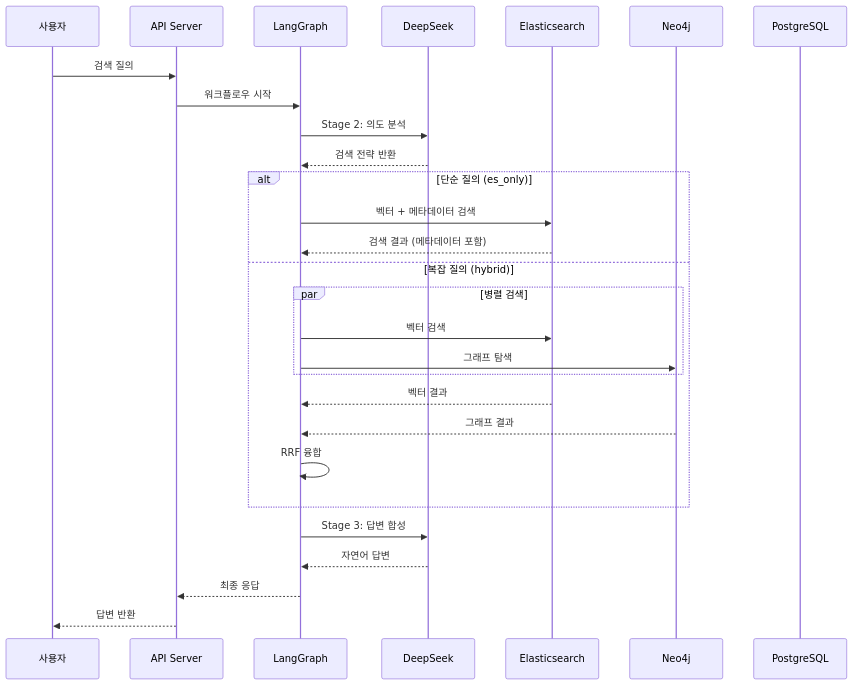
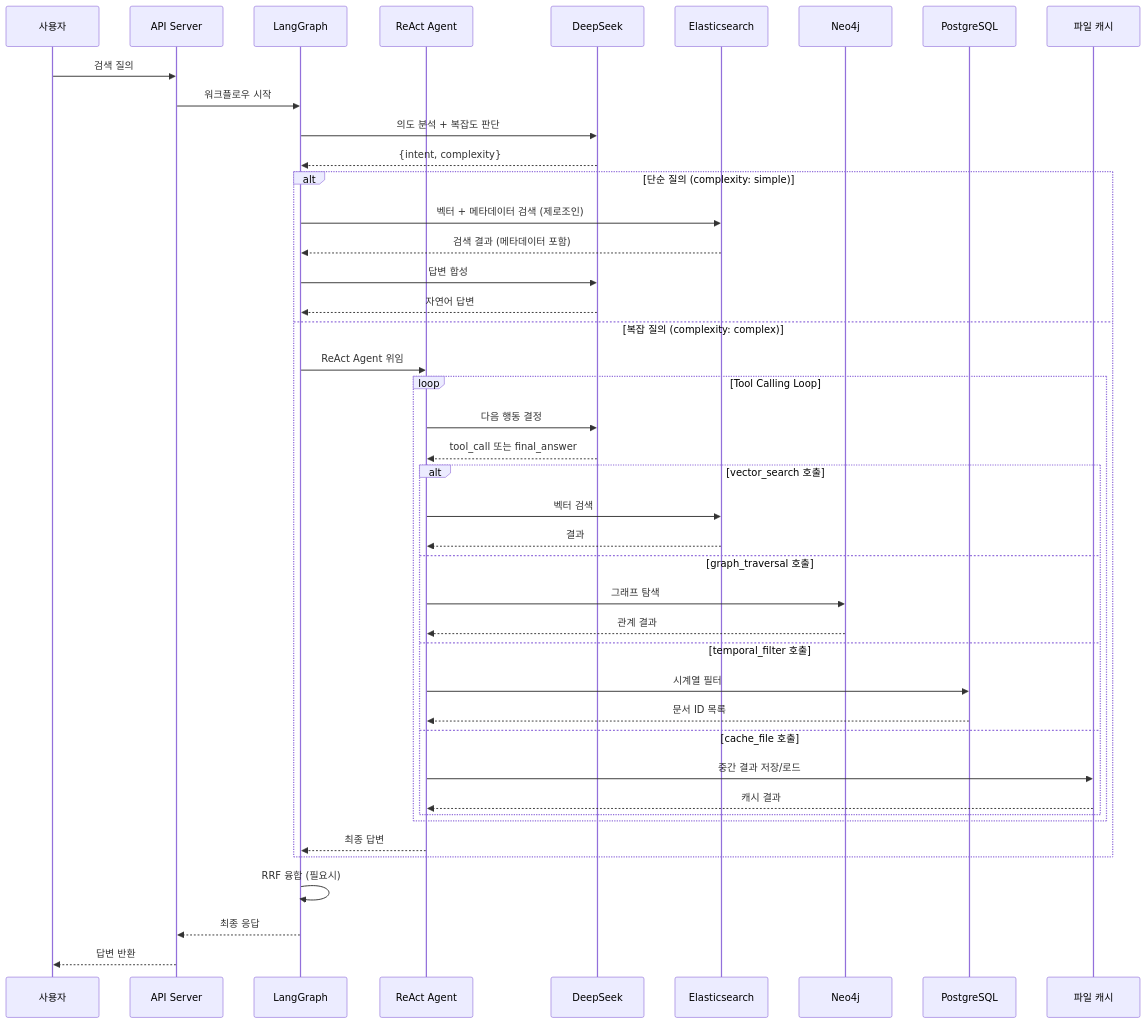
The sixth of 15 diagrams in knowledge_service/docs/02_design/hybrid_rag_platform_detailed_design.md (k82022603/hybrid-rag-knowledge-ops), drawn with Mermaid before and after one commit. The commit also changed other lines of this file and 17 other files, not shown here.

````diff
--- a/knowledge_service/docs/02_design/hybrid_rag_platform_detailed_design.md
+++ b/knowledge_service/docs/02_design/hybrid_rag_platform_detailed_design.md
@@ -445,36 +590,52 @@
 ```mermaid
 sequenceDiagram
     participant U as 사용자
     participant API as API Server
     participant LG as LangGraph
+    participant RA as ReAct Agent
     participant DS as DeepSeek
     participant ES as Elasticsearch
     participant NEO as Neo4j
     participant PG as PostgreSQL
+    participant FC as 파일 캐시
 
     %% 검색 흐름
     U->>API: 검색 질의
     API->>LG: 워크플로우 시작
 
-    LG->>DS: Stage 2: 의도 분석
-    DS-->>LG: 검색 전략 반환
+    LG->>DS: 의도 분석 + 복잡도 판단
+    DS-->>LG: {intent, complexity}
 
-    alt 단순 질의 (es_only)
-        LG->>ES: 벡터 + 메타데이터 검색
+    alt 단순 질의 (complexity: simple)
+        LG->>ES: 벡터 + 메타데이터 검색 (제로조인)
         ES-->>LG: 검색 결과 (메타데이터 포함)
-    else 복잡 질의 (hybrid)
-        par 병렬 검색
-            LG->>ES: 벡터 검색
-            LG->>NEO: 그래프 탐색
+        LG->>DS: 답변 합성
+        DS-->>LG: 자연어 답변
+
+    else 복잡 질의 (complexity: complex)
+        LG->>RA: ReAct Agent 위임
+        loop Tool Calling Loop
+            RA->>DS: 다음 행동 결정
+            DS-->>RA: tool_call 또는 final_answer
+
+            alt vector_search 호출
+                RA->>ES: 벡터 검색
+                ES-->>RA: 결과
+            else graph_traversal 호출
+                RA->>NEO: 그래프 탐색
+                NEO-->>RA: 관계 결과
+            else temporal_filter 호출
+                RA->>PG: 시계열 필터
+                PG-->>RA: 문서 ID 목록
+            else cache_file 호출
+                RA->>FC: 중간 결과 저장/로드
+                FC-->>RA: 캐시 결과
+            end
         end
-        ES-->>LG: 벡터 결과
-        NEO-->>LG: 그래프 결과
-        LG->>LG: RRF 융합
+        RA-->>LG: 최종 답변
     end
 
-    LG->>DS: Stage 3: 답변 합성
-    DS-->>LG: 자연어 답변
-
+    LG->>LG: RRF 융합 (필요시)
     LG-->>API: 최종 응답
     API-->>U: 답변 반환
 ```
````
